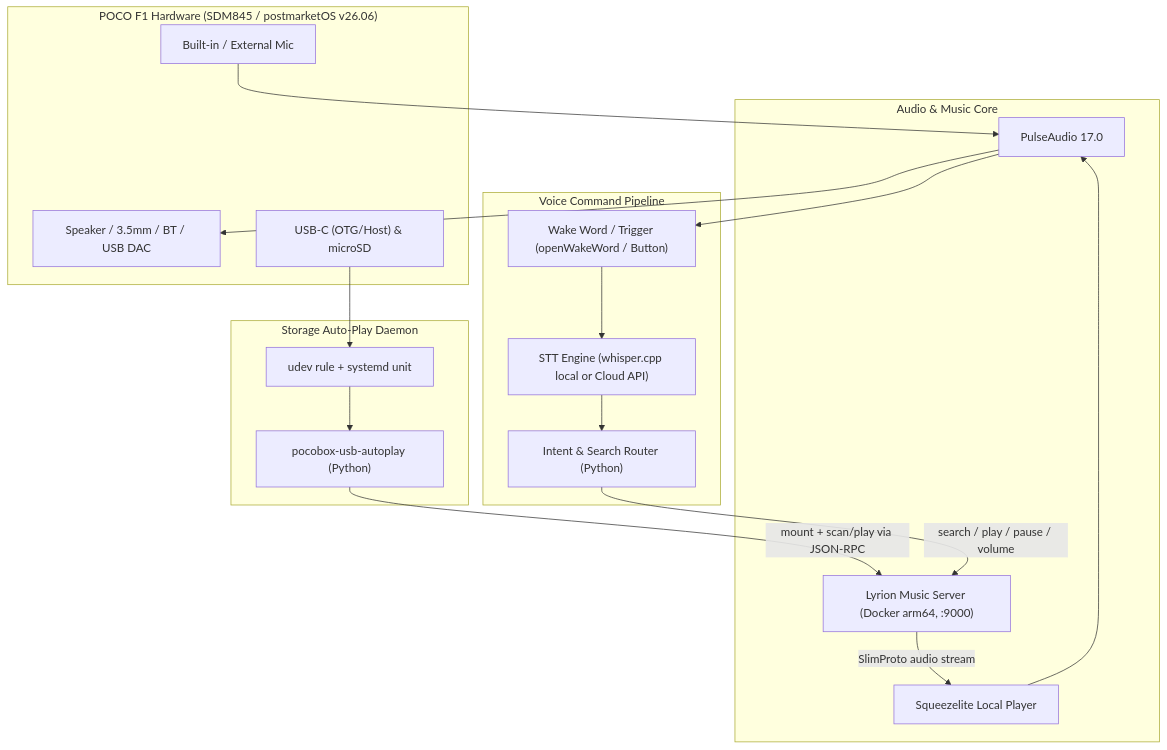
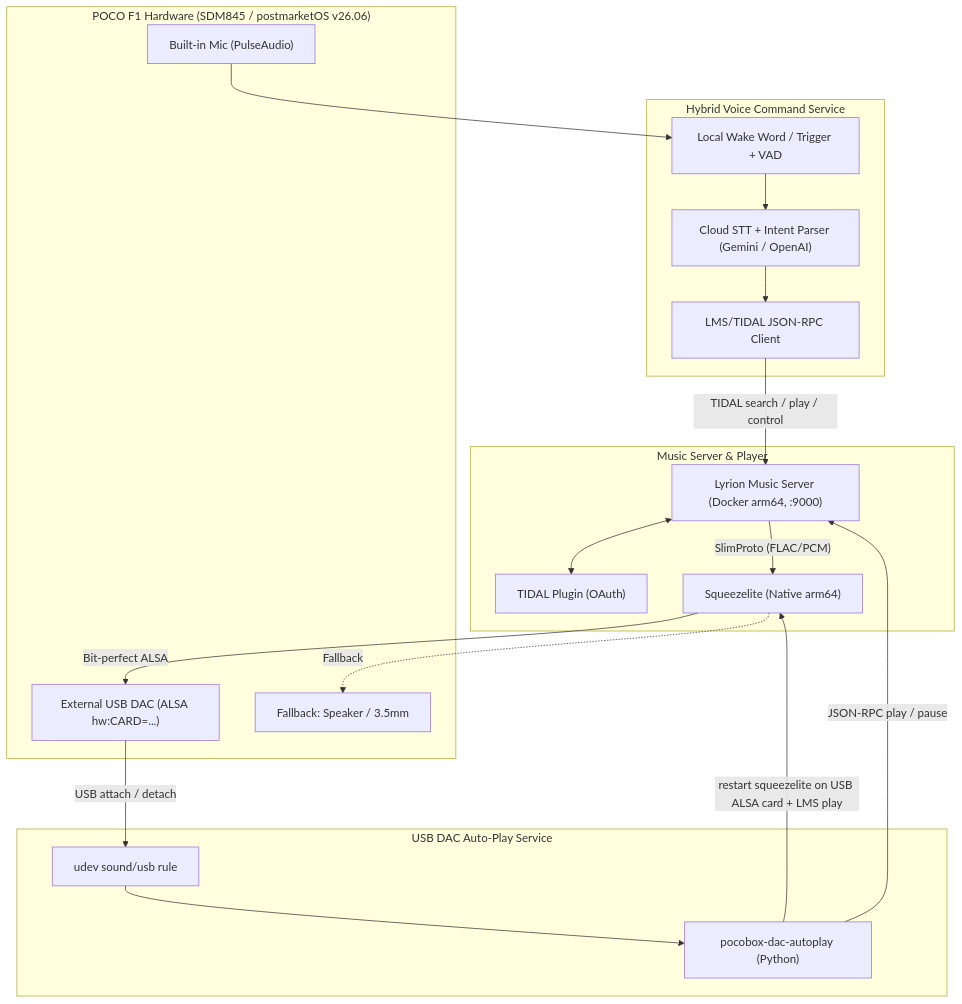
One commit to dubble95/pocobox changed the diagram in docs/02-project-architecture.md. Above: the diagram before and after it, drawn with Mermaid. The commit also changed other lines of this file and 7 other files, not shown here.

Commit message:
feat(phase1): update architecture for TIDAL + USB DAC + hybrid voice and add LMS/Squeezelite stack

````diff
--- a/docs/02-project-architecture.md
+++ b/docs/02-project-architecture.md
@@ -22,33 +21,36 @@
 ```mermaid
 flowchart TB
     subgraph HW["POCO F1 Hardware (SDM845 / postmarketOS v26.06)"]
-        MIC["Built-in / External Mic"]
-        SPK["Speaker / 3.5mm / BT / USB DAC"]
-        USB["USB-C (OTG/Host) & microSD"]
+        MIC["Built-in Mic (PulseAudio)"]
+        DAC["External USB DAC (ALSA hw:CARD=...)"]
+        SPK["Fallback: Speaker / 3.5mm"]
     end
 
-    subgraph CORE["Audio & Music Core"]
-        PA["PulseAudio 17.0"]
+    subgraph CORE["Music Server & Player"]
         LMS["Lyrion Music Server (Docker arm64, :9000)"]
-        SL["Squeezelite Local Player"]
+        TIDAL["TIDAL Plugin (OAuth)"]
+        SL["Squeezelite (Native arm64)"]
     end
 
-    subgraph AUTO["Storage Auto-Play Daemon"]
-        UDEV["udev rule + systemd unit"]
-        USBMGR["pocobox-usb-autoplay (Python)"]
+    subgraph DACAUTO["USB DAC Auto-Play Service"]
+        UDEV["udev sound/usb rule"]
+        DACMGR["pocobox-dac-autoplay (Python)"]
     end
 
-    subgraph VOICE["Voice Command Pipeline"]
-        WAKE["Wake Word / Trigger (openWakeWord / Button)"]
-        STT["STT Engine (whisper.cpp local or Cloud API)"]
-        INTENT["Intent & Search Router (Python)"]
+    subgraph VOICE["Hybrid Voice Command Service"]
+        WAKE["Local Wake Word / Trigger + VAD"]
+        CLOUD["Cloud STT + Intent Parser (Gemini / OpenAI)"]
+        ROUTER["LMS/TIDAL JSON-RPC Client"]
     end
 
-    USB --> UDEV --> USBMGR
-    USBMGR -->|"mount + scan/play via JSON-RPC"| LMS
+    LMS <--> TIDAL
+    LMS -->|"SlimProto (FLAC/PCM)"| SL
+    SL -->|"Bit-perfect ALSA"| DAC
+    SL -.->|"Fallback"| SPK
 
-    MIC --> PA --> WAKE --> STT --> INTENT
-    INTENT -->|"search / play / pause / volume"| LMS
+    DAC -->|"USB attach / detach"| UDEV --> DACMGR
+    DACMGR -->|"restart squeezelite on USB ALSA card + LMS play"| SL
+    DACMGR -->|"JSON-RPC play / pause"| LMS
 
-    LMS -->|"SlimProto audio stream"| SL --> PA --> SPK
+    MIC --> WAKE --> CLOUD --> ROUTER -->|"TIDAL search / play / control"| LMS
 ```
````
